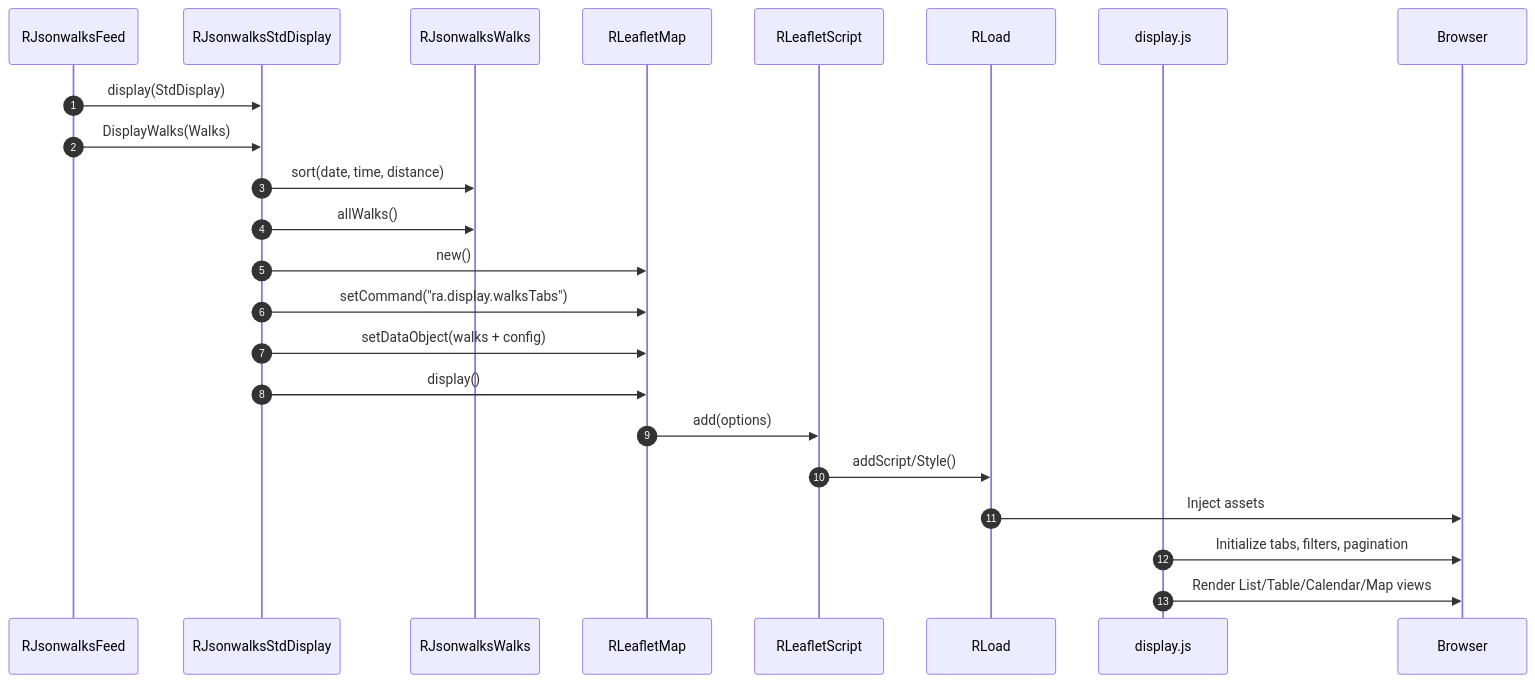
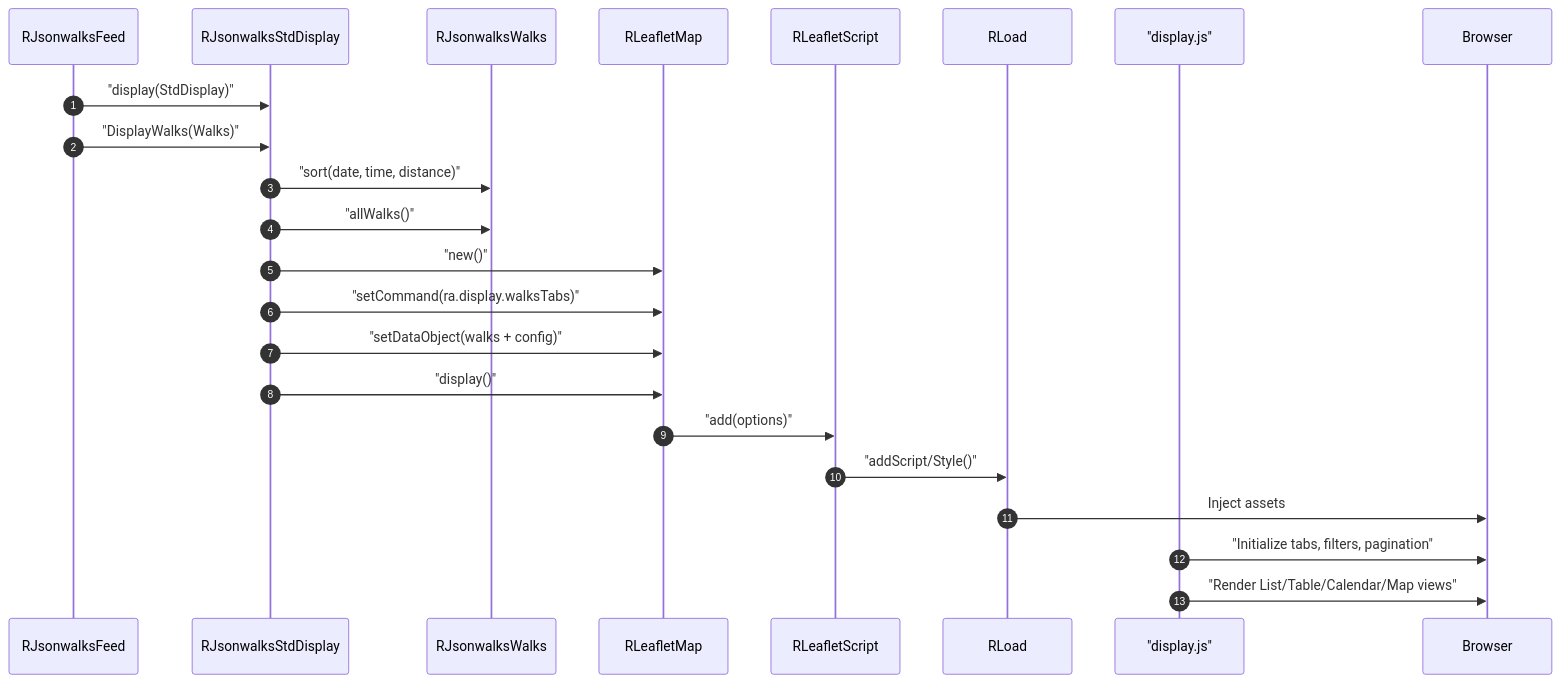
The second of 3 diagrams in jsonwalks/std/HLD.md (pauljrhodes/ramblers-library), drawn with Mermaid before and after one commit. The commit also changed other lines of this file and 33 other files, not shown here.

First line of the commit message:
Normalize Mermaid diagrams for GitHub rendering (#13)

````diff
--- a/jsonwalks/std/HLD.md
+++ b/jsonwalks/std/HLD.md
@@ -190,26 +190,26 @@
 ```mermaid
 sequenceDiagram
     autonumber
     participant Feed as RJsonwalksFeed
     participant StdDisplay as RJsonwalksStdDisplay
     participant Walks as RJsonwalksWalks
     participant LeafletMap as RLeafletMap
     participant LeafletScript as RLeafletScript
     participant Load as RLoad
-    participant JS as display.js
+    participant JS as "display.js"
     participant Browser as Browser
 
-    Feed->>StdDisplay: display(StdDisplay)
-    Feed->>StdDisplay: DisplayWalks(Walks)
-    StdDisplay->>Walks: sort(date, time, distance)
-    StdDisplay->>Walks: allWalks()
-    StdDisplay->>LeafletMap: new()
-    StdDisplay->>LeafletMap: setCommand("ra.display.walksTabs")
-    StdDisplay->>LeafletMap: setDataObject(walks + config)
-    StdDisplay->>LeafletMap: display()
-    LeafletMap->>LeafletScript: add(options)
-    LeafletScript->>Load: addScript/Style()
+    Feed->>StdDisplay: "display(StdDisplay)"
+    Feed->>StdDisplay: "DisplayWalks(Walks)"
+    StdDisplay->>Walks: "sort(date, time, distance)"
+    StdDisplay->>Walks: "allWalks()"
+    StdDisplay->>LeafletMap: "new()"
+    StdDisplay->>LeafletMap: "setCommand(ra.display.walksTabs)"
+    StdDisplay->>LeafletMap: "setDataObject(walks + config)"
+    StdDisplay->>LeafletMap: "display()"
+    LeafletMap->>LeafletScript: "add(options)"
+    LeafletScript->>Load: "addScript/Style()"
     Load->>Browser: Inject assets
-    JS->>Browser: Initialize tabs, filters, pagination
-    JS->>Browser: Render List/Table/Calendar/Map views
+    JS->>Browser: "Initialize tabs, filters, pagination"
+    JS->>Browser: "Render List/Table/Calendar/Map views"
 ```
````
